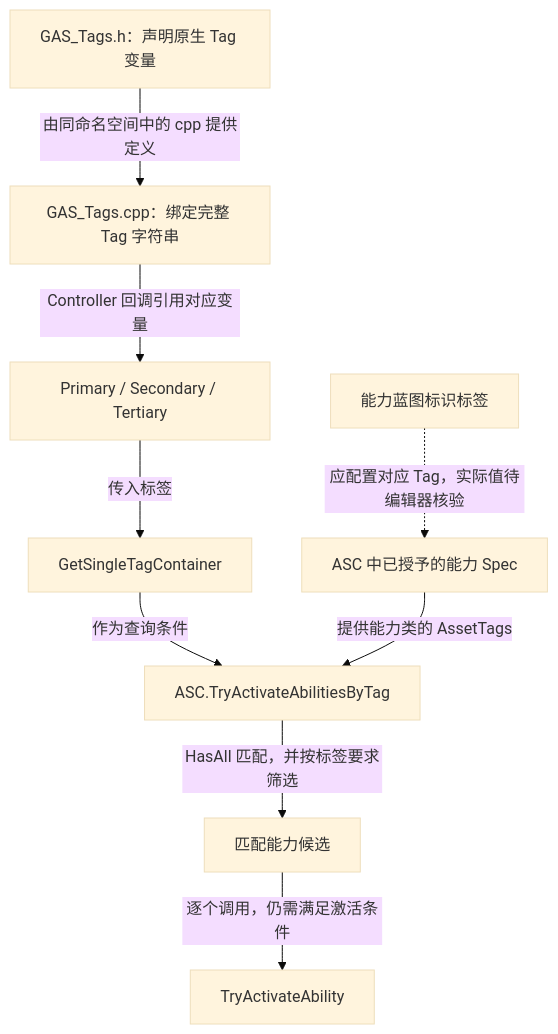
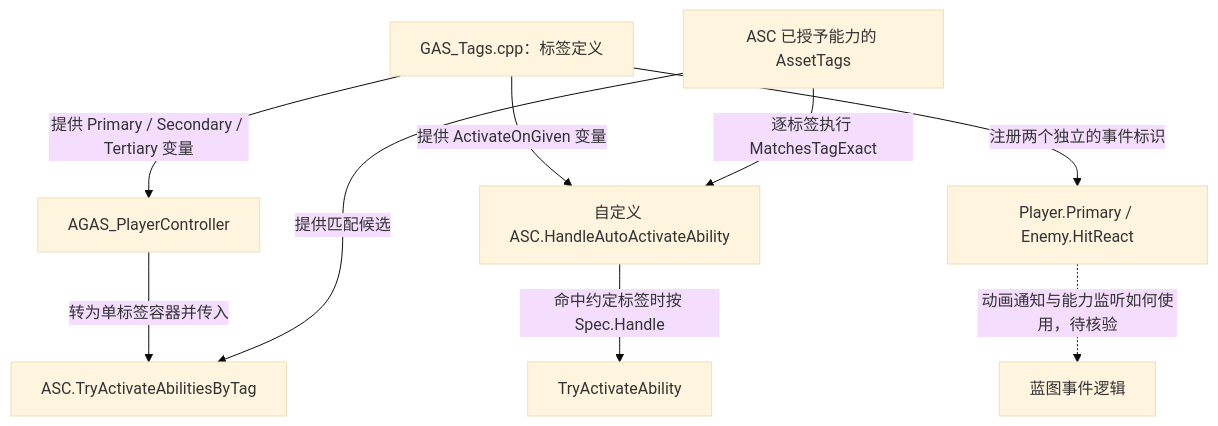
Before and after one commit to xue1ong/GAS_StudyNotes: the diagram in Tags/GameplayTags.md, drawn with Mermaid (base theme). The commit also changed other lines of this file and 14 other files, not shown here.

````diff
--- a/Tags/GameplayTags.md
+++ b/Tags/GameplayTags.md
@@ -71,11 +54,11 @@
 ```mermaid
 flowchart TD
-    header["GAS_Tags.h：声明原生 Tag 变量"] -->|"由同命名空间中的 cpp 提供定义"| definition["GAS_Tags.cpp：绑定完整 Tag 字符串"]
-    definition -->|"Controller 回调引用对应变量"| callback["Primary / Secondary / Tertiary"]
-    callback -->|"传入标签"| container["GetSingleTagContainer"]
-    container -->|"作为查询条件"| query["ASC.TryActivateAbilitiesByTag"]
-    granted["ASC 中已授予的能力 Spec"] -->|"提供能力类的 AssetTags"| query
-    asset["能力蓝图标识标签"] -.->|"应配置对应 Tag，实际值待编辑器核验"| granted
-    query -->|"HasAll 匹配，并按标签要求筛选"| candidates["匹配能力候选"]
-    candidates -->|"逐个调用，仍需满足激活条件"| activate["TryActivateAbility"]
+    definitions["GAS_Tags.cpp：标签定义"] -->|"提供 Primary / Secondary / Tertiary 变量"| controller["AGAS_PlayerController"]
+    controller -->|"转为单标签容器并传入"| query["ASC.TryActivateAbilitiesByTag"]
+    granted["ASC 已授予能力的 AssetTags"] -->|"提供匹配候选"| query
+    definitions -->|"提供 ActivateOnGiven 变量"| handler["自定义 ASC.HandleAutoActivateAbility"]
+    granted -->|"逐标签执行 MatchesTagExact"| handler
+    handler -->|"命中约定标签时按 Spec.Handle"| activate["TryActivateAbility"]
+    definitions -->|"注册两个独立的事件标识"| events["Player.Primary / Enemy.HitReact"]
+    events -.->|"动画通知与能力监听如何使用，待核验"| assets["蓝图事件逻辑"]
 ```
````
